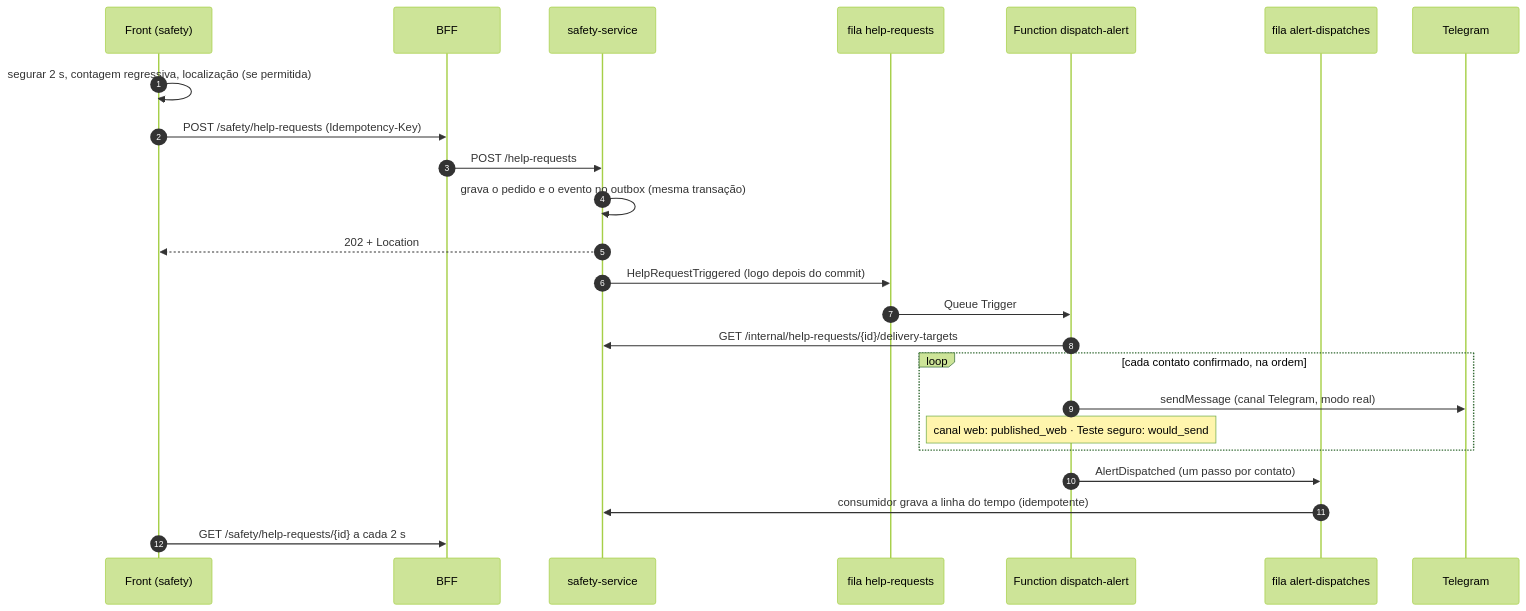
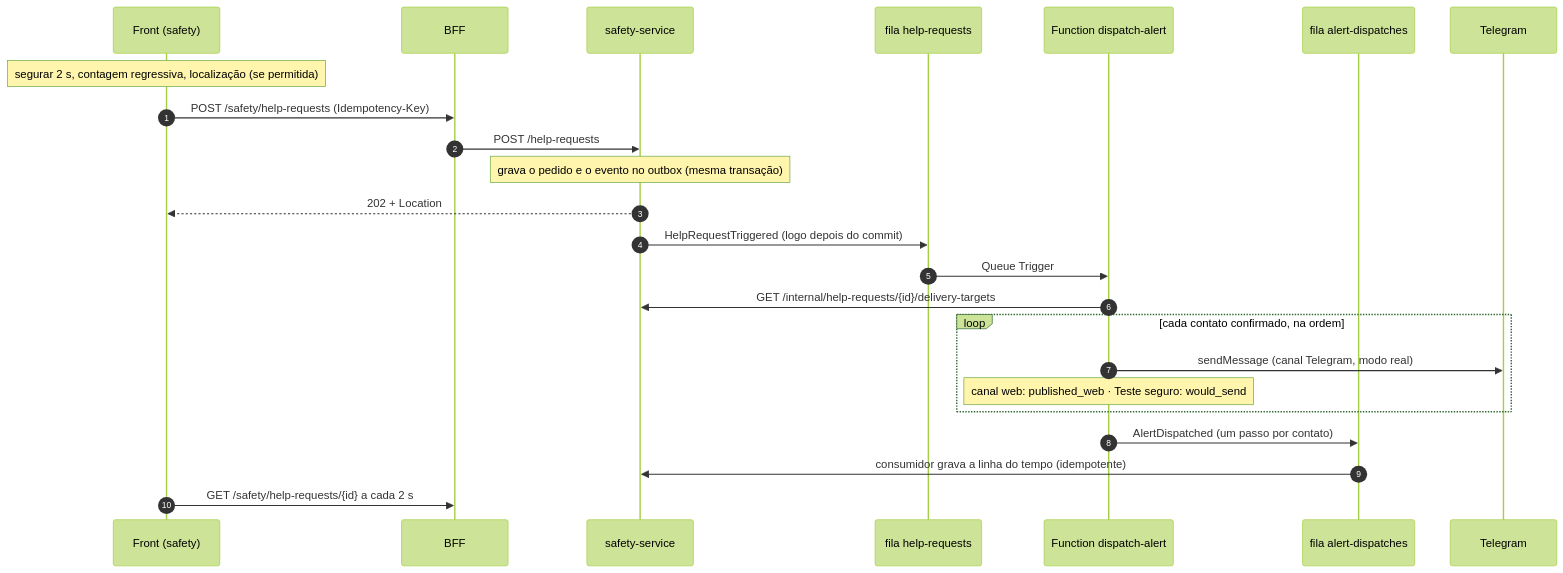
Before and after one commit to Carloslgp/Ghosty_App_Web: the second of 4 diagrams in ghosty-docs/arc42/arc42.md, drawn with Mermaid (forest theme). The commit also changed other lines of this file and 3 other files, not shown here.

First line of the commit message:
docs(DOC-05): diagramas do C4 e de sequência sem sobreposição no PDF

````diff
--- a/ghosty-docs/arc42/arc42.md
+++ b/ghosty-docs/arc42/arc42.md
@@ -150,26 +150,26 @@
 ```mermaid
 sequenceDiagram
   autonumber
   participant F as Front (safety)
   participant B as BFF
   participant S as safety-service
   participant Q1 as fila help-requests
   participant FN as Function dispatch-alert
   participant Q2 as fila alert-dispatches
   participant TG as Telegram
-  F->>F: segurar 2 s, contagem regressiva, localização (se permitida)
+  Note over F: segurar 2 s, contagem regressiva, localização (se permitida)
   F->>B: POST /safety/help-requests (Idempotency-Key)
   B->>S: POST /help-requests
-  S->>S: grava o pedido e o evento no outbox (mesma transação)
+  Note over S: grava o pedido e o evento no outbox (mesma transação)
   S-->>F: 202 + Location
   S->>Q1: HelpRequestTriggered (logo depois do commit)
   Q1->>FN: Queue Trigger
   FN->>S: GET /internal/help-requests/{id}/delivery-targets
   loop cada contato confirmado, na ordem
     FN->>TG: sendMessage (canal Telegram, modo real)
     Note over FN: canal web: published_web · Teste seguro: would_send
   end
   FN->>Q2: AlertDispatched (um passo por contato)
   Q2->>S: consumidor grava a linha do tempo (idempotente)
   F->>B: GET /safety/help-requests/{id} a cada 2 s
 ```
````
